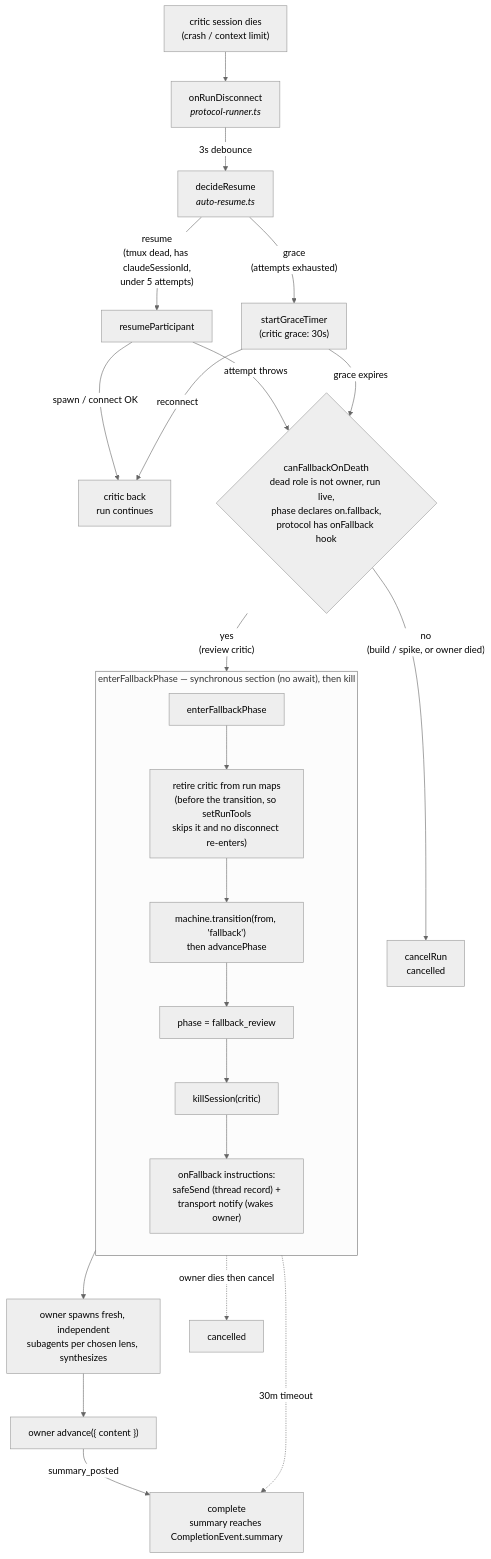
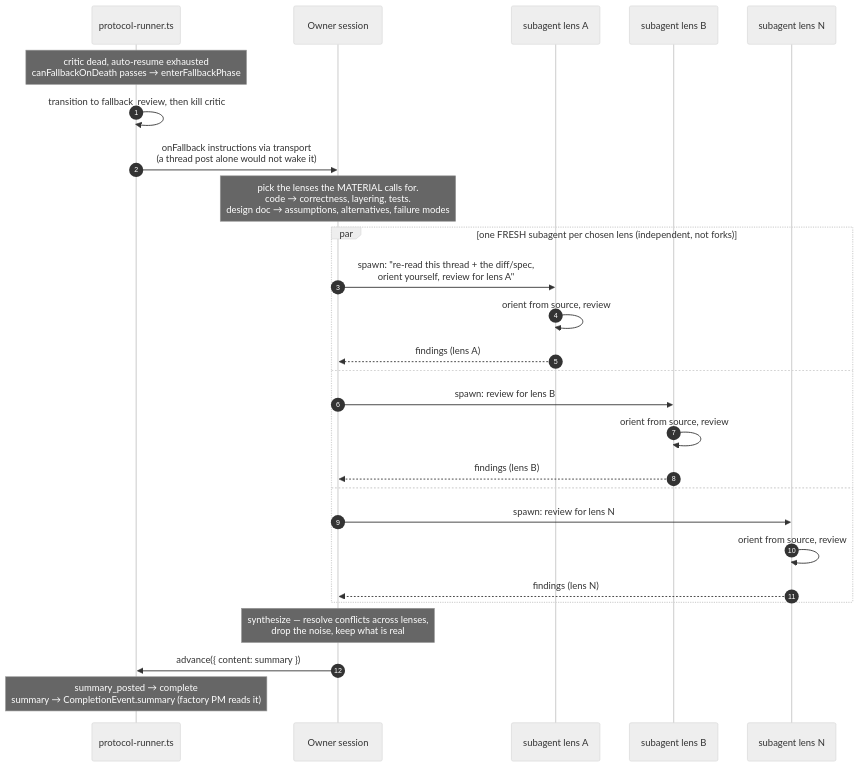
The diagram in diagrams/flow-review-fallback.mmd (sf8193/hydra), drawn with Mermaid (neutral theme) before and after one commit. The commit also changed 2 other files, not shown here.

Commit message:
docs: reframe flow-review-fallback around subagent fan-out
The first cut over-weighted the engine plumbing (disconnect/resume/gate —
already in flow-protocol-robustness) and collapsed the actual novel dynamic
into one box. Rewritten as a sequenceDiagram centered on the owner fanning
out to fresh, independent lens subagents in parallel and synthesizing. The
engine trigger stays a note pointing at flow-protocol-robustness.

```diff
--- a/diagrams/flow-review-fallback.mmd
+++ b/diagrams/flow-review-fallback.mmd
@@ -1,36 +1,41 @@
-%% Review critic-death fallback — when auto-resume is exhausted, the owner runs
-%% the review itself via fresh subagents instead of the run being cancelled.
-%% Engine path lives in protocol-runner.ts; the opt-in (on.fallback transition +
-%% notifications.onFallback) is declared in protocols/review.ts. The engine names
-%% no protocol — build/spike simply don't opt in.
-%% For the full phase map and grace periods, see flow-protocol-robustness.mmd.
+%% Owner-driven subagent review — what the critic-death fallback actually does:
+%% the owner fans out to fresh, independent subagents (one per material-driven
+%% lens, NOT forks of its own context), runs them in parallel, and synthesizes
+%% their findings into the closing summary.
+%%
+%% This diagram is scoped to the subagent dynamics. The engine-side TRIGGER that
+%% gets here — critic death, 3s debounce, auto-resume (up to 5), grace timer,
+%% canFallbackOnDeath — is in flow-protocol-robustness.mmd. enterFallbackPhase in
+%% protocol-runner.ts is the seam between the two.
 
-flowchart TD
-    death["critic session dies<br/>(crash / context limit)"] --> disc["onRunDisconnect<br/><i>protocol-runner.ts</i>"]
-    disc -- "3s debounce" --> decide["decideResume<br/><i>auto-resume.ts</i>"]
+sequenceDiagram
+    autonumber
+    participant PR as protocol-runner.ts
+    participant Owner as Owner session
+    participant LA as subagent lens A
+    participant LB as subagent lens B
+    participant LN as subagent lens N
 
-    decide -- "resume<br/>(tmux dead, has claudeSessionId,<br/>under 5 attempts)" --> resume["resumeParticipant"]
-    resume -- "spawn / connect OK" --> live["critic back<br/>run continues"]
-    resume -- "attempt throws" --> gate
-    decide -- "grace<br/>(attempts exhausted)" --> grace["startGraceTimer<br/>(critic grace: 30s)"]
-    grace -- "reconnect" --> live
-    grace -- "grace expires" --> gate
+    Note over PR: critic dead, auto-resume exhausted<br/>canFallbackOnDeath passes → enterFallbackPhase
+    PR->>PR: transition to fallback_review, then kill critic
+    PR->>Owner: onFallback instructions via transport<br/>(a thread post alone would not wake it)
 
-    gate{"canFallbackOnDeath<br/>dead role is not owner, run live,<br/>phase declares on.fallback,<br/>protocol has onFallback hook"}
-    gate -- "no<br/>(build / spike, or owner died)" --> cancel["cancelRun<br/>cancelled"]
-    gate -- "yes<br/>(review critic)" --> enter["enterFallbackPhase"]
+    Note over Owner: pick the lenses the MATERIAL calls for.<br/>code → correctness, layering, tests.<br/>design doc → assumptions, alternatives, failure modes
 
-    subgraph crit["enterFallbackPhase — synchronous section (no await), then kill"]
-        direction TB
-        enter --> retire["retire critic from run maps<br/>(before the transition, so setRunTools<br/>skips it and no disconnect re-enters)"]
-        retire --> trans["machine.transition(from, 'fallback')<br/>then advancePhase"]
-        trans --> phase["phase = fallback_review"]
-        phase --> kill["killSession(critic)"]
-        kill --> notify["onFallback instructions:<br/>safeSend (thread record) +<br/>transport notify (wakes owner)"]
+    par one FRESH subagent per chosen lens (independent, not forks)
+        Owner->>LA: spawn: "re-read this thread + the diff/spec,<br/>orient yourself, review for lens A"
+        LA->>LA: orient from source, review
+        LA-->>Owner: findings (lens A)
+    and
+        Owner->>LB: spawn: review for lens B
+        LB->>LB: orient from source, review
+        LB-->>Owner: findings (lens B)
+    and
+        Owner->>LN: spawn: review for lens N
+        LN->>LN: orient from source, review
+        LN-->>Owner: findings (lens N)
     end
 
-    notify --> work["owner spawns fresh, independent<br/>subagents per chosen lens, synthesizes"]
-    work --> adv["owner advance({ content })"]
-    adv -- "summary_posted" --> complete["complete<br/>summary reaches CompletionEvent.summary"]
-    phase -. "30m timeout" .-> complete
-    phase -. "owner dies then cancel" .-> cancelled["cancelled"]
+    Note over Owner: synthesize — resolve conflicts across lenses,<br/>drop the noise, keep what is real
+    Owner->>PR: advance({ content: summary })
+    Note over PR: summary_posted → complete<br/>summary → CompletionEvent.summary (factory PM reads it)
```
